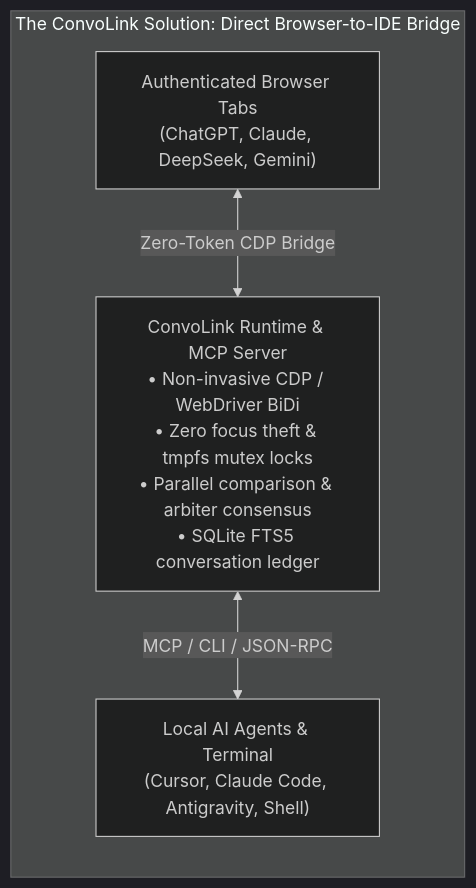
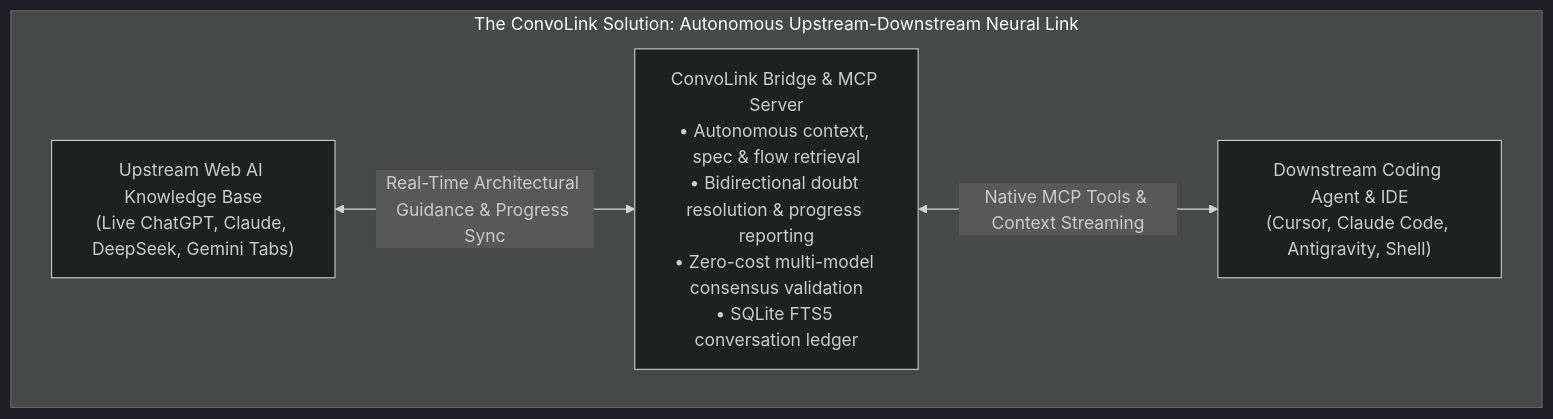
The second of 3 diagrams in README.md (0xTanzim/convolink), drawn with Mermaid (dark theme) before and after one commit. The commit also changed other lines of this file and 1 other file, not shown here.

Commit message:
docs: ground problem statement in upstream intent, doubt resolution, and multi-model consensus

````diff
--- a/README.md
+++ b/README.md
@@ -33,9 +44,10 @@
 ```mermaid
-flowchart LR
-    subgraph Solution ["The ConvoLink Solution: Direct Browser-to-IDE Bridge"]
-        BrowserSession["Authenticated Browser Tabs<br/>(ChatGPT, Claude, DeepSeek, Gemini)"]
-        ConvoLinkRuntime["ConvoLink Runtime & MCP Server<br/>• Non-invasive CDP / WebDriver BiDi<br/>• Zero focus theft & tmpfs mutex locks<br/>• Parallel comparison & arbiter consensus<br/>• SQLite FTS5 conversation ledger"]
-        AgentIDE["Local AI Agents & Terminal<br/>(Cursor, Claude Code, Antigravity, Shell)"]
-        BrowserSession <-->|Zero-Token CDP Bridge| ConvoLinkRuntime <-->|MCP / CLI / JSON-RPC| AgentIDE
+flowchart TD
+    subgraph Solution ["The ConvoLink Solution: Autonomous Upstream-Downstream Neural Link"]
+        UpstreamSession["Upstream Web AI Knowledge Base<br/>(Live ChatGPT, Claude, DeepSeek, Gemini Tabs)"]
+        ConvoLink["ConvoLink Bridge & MCP Server<br/>• Autonomous context, spec & flow retrieval<br/>• Bidirectional doubt resolution & progress reporting<br/>• Zero-cost multi-model consensus validation<br/>• SQLite FTS5 conversation ledger"]
+        LocalIDEAgent["Downstream Coding Agent & IDE<br/>(Cursor, Claude Code, Antigravity, Shell)"]
+
+        UpstreamSession <-->|"Real-Time Architectural Guidance & Progress Sync"| ConvoLink <-->|"Native MCP Tools & Context Streaming"| LocalIDEAgent
     end
 ```
````
